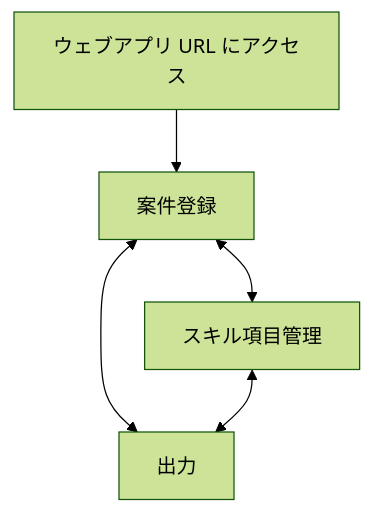
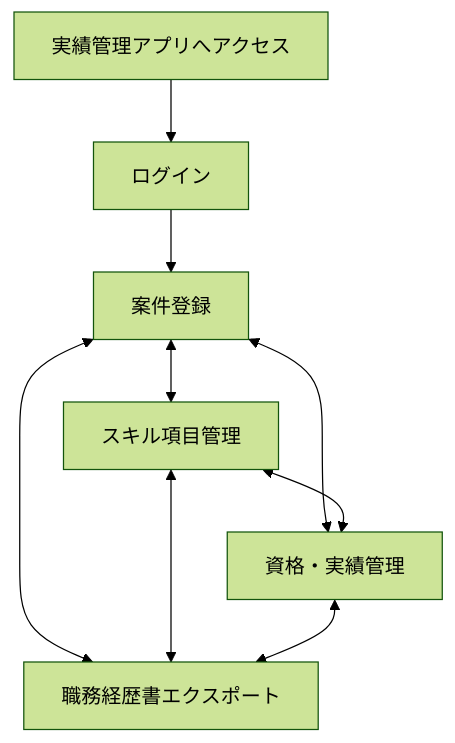
One commit to Seiya-Nakagawa/Portfolio changed the fourth of 5 diagrams in docs/02.design/DESIGN.md. Above: the diagram before and after it, drawn with Mermaid (forest theme). The commit also changed other lines of this file and 1 other file, not shown here.

````diff
--- a/docs/02.design/DESIGN.md
+++ b/docs/02.design/DESIGN.md
@@ -247,7 +283,11 @@
 ```mermaid
 flowchart TD
-    Start["ウェブアプリ URL にアクセス"] --> Project["案件登録"]
+    Start["実績管理アプリへアクセス"] --> Login["ログイン"]
+    Login --> Project["案件登録"]
     Project <--> Skill["スキル項目管理"]
-    Project <--> Output["出力"]
+    Project <--> CertWork["資格・実績管理"]
+    Project <--> Output["職務経歴書エクスポート"]
+    Skill <--> CertWork
     Skill <--> Output
+    CertWork <--> Output
 ```
````
